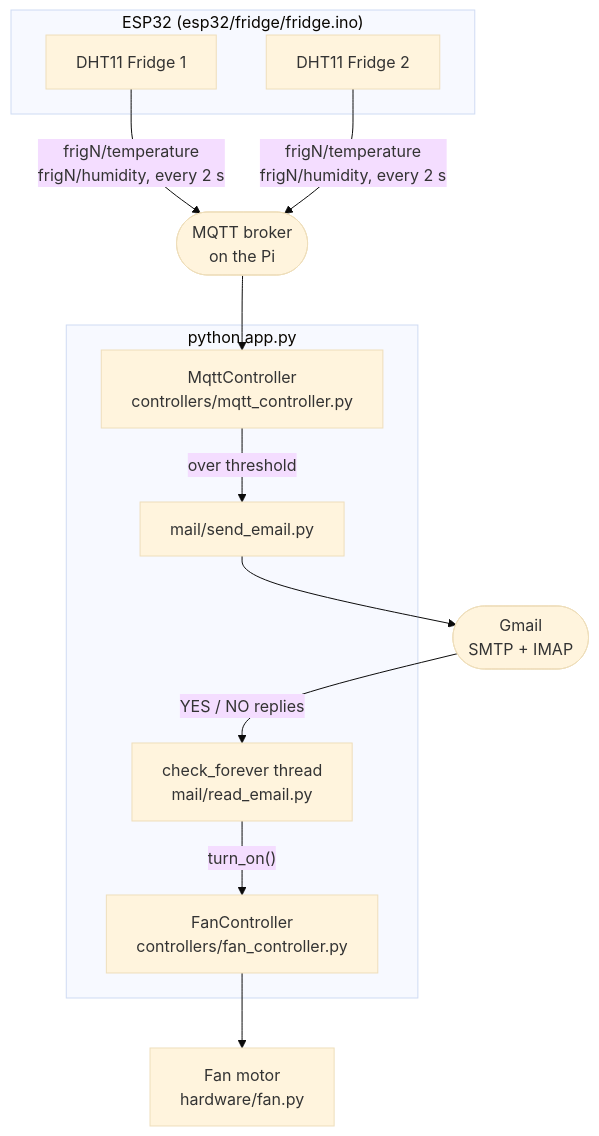
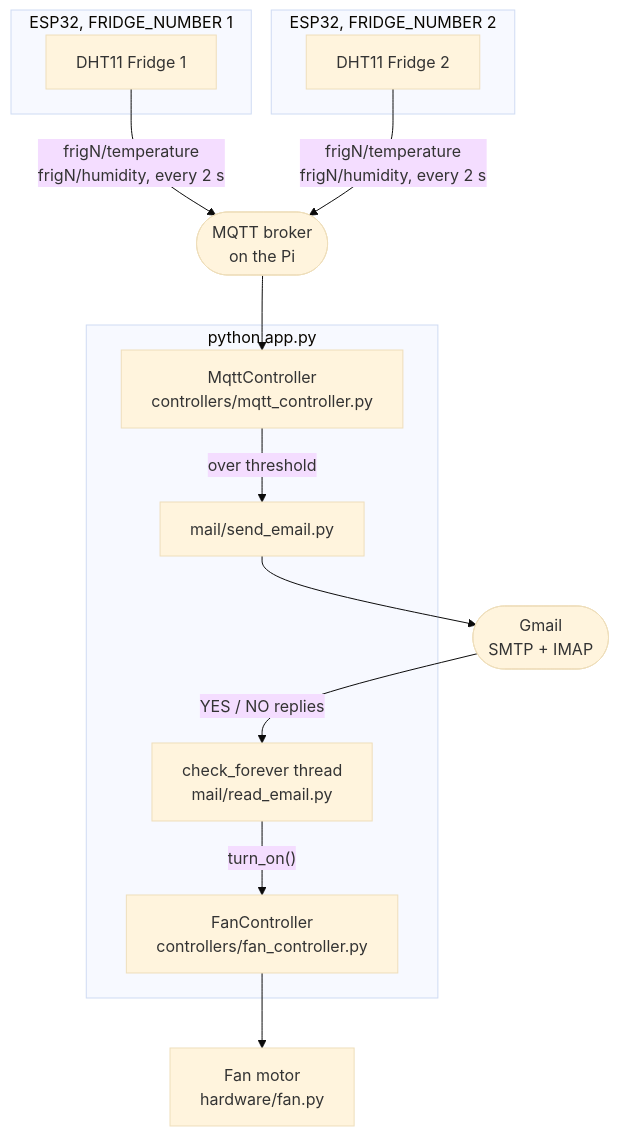
Before and after one commit to gvogas/IoT: the first of 6 diagrams in docs/fridges.md, drawn with Mermaid (base theme). The commit also changed other lines of this file and 13 other files, not shown here.

````diff
--- a/docs/fridges.md
+++ b/docs/fridges.md
@@ -27,27 +29,29 @@
 ```mermaid
 flowchart TD
-    subgraph ESP32["ESP32 (esp32/fridge/fridge.ino)"]
+    subgraph ESP1["ESP32, FRIDGE_NUMBER 1"]
         DHT1["DHT11 Fridge 1"]
+    end
+    subgraph ESP2["ESP32, FRIDGE_NUMBER 2"]
         DHT2["DHT11 Fridge 2"]
     end
 
     Broker(["MQTT broker<br/>on the Pi"])
 
     subgraph Pi["python app.py"]
         MQTT["MqttController<br/>controllers/mqtt_controller.py"]
         FanC["FanController<br/>controllers/fan_controller.py"]
         Inbox["check_forever thread<br/>mail/read_email.py"]
         Send["mail/send_email.py"]
     end
 
     Gmail(["Gmail<br/>SMTP + IMAP"])
     Fan["Fan motor<br/>hardware/fan.py"]
 
     DHT1 & DHT2 -->|"frigN/temperature<br/>frigN/humidity, every 2 s"| Broker
     Broker --> MQTT
     MQTT -->|"over threshold"| Send
     Send --> Gmail
     Gmail -->|"YES / NO replies"| Inbox
     Inbox -->|"turn_on()"| FanC
     FanC --> Fan
 ```
````
